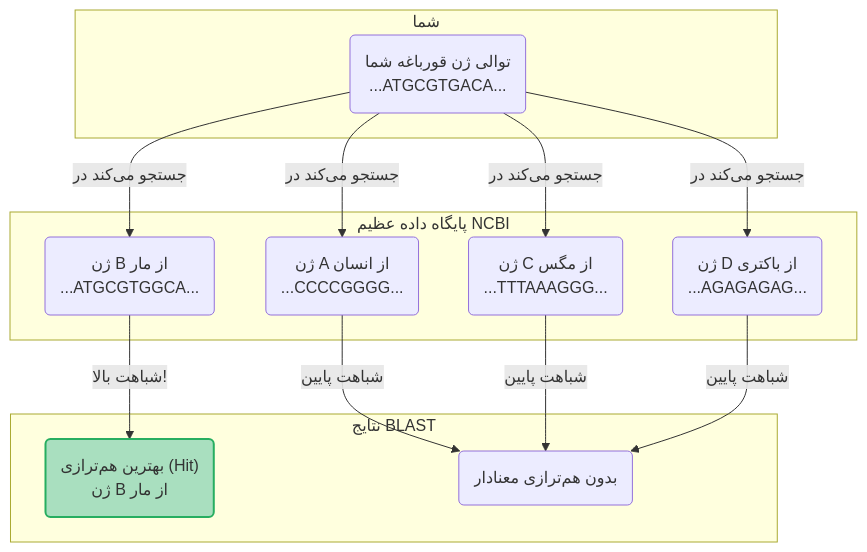
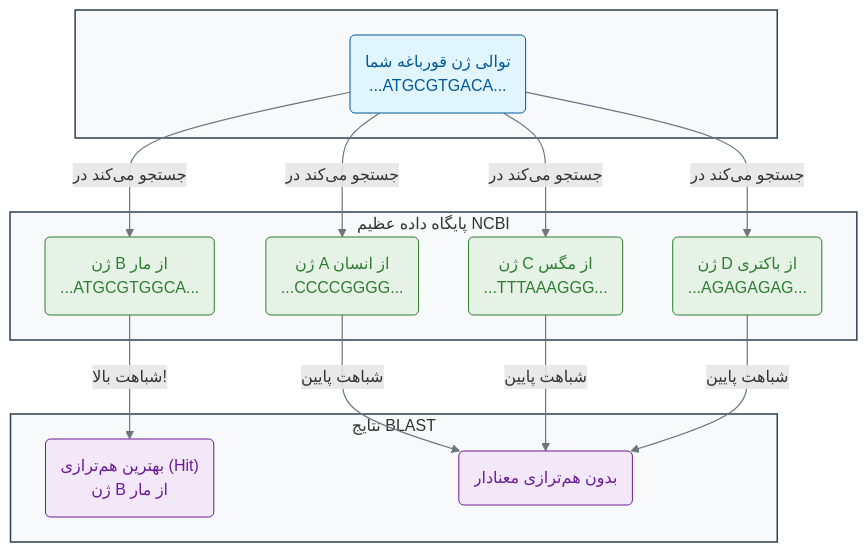
The diagram in 03-art-of-pattern-recognition/02-intelligent-sequence-search-blast.md (rezashahnazar/practical-ai-in-biology-book), drawn with Mermaid before and after one commit. The commit also changed other lines of this file and 6 other files, not shown here.

````diff
--- a/03-art-of-pattern-recognition/02-intelligent-sequence-search-blast.md
+++ b/03-art-of-pattern-recognition/02-intelligent-sequence-search-blast.md
@@ -35,30 +37,49 @@
 ```mermaid
-graph TD
-    subgraph "شما"
+flowchart TD
+    %% Style Definitions
+    classDef phase fill:#f8f9fa,stroke:#2c3e50,stroke-width:1.5px,color:#2c3e50
+    classDef input fill:#e1f5fe,stroke:#01579b,stroke-width:1px,color:#01579b
+    classDef process fill:#e6f2e6,stroke:#2e7d32,stroke-width:1px,color:#2e7d32
+    classDef result fill:#f3e8f7,stroke:#6a1b9a,stroke-width:1px,color:#6a1b9a
+
+    %% BLAST Search Process
+    subgraph شما [" "]
         Query("توالی ژن قورباغه شما<br/>...ATGCGTGACA...")
     end
 
-    subgraph "پایگاه داده عظیم NCBI"
+    subgraph پایگاه_داده_عظیم_NCBI ["پایگاه داده عظیم NCBI"]
         DB1("ژن A از انسان<br/>...CCCCGGGG...")
         DB2("ژن B از مار<br/>...ATGCGTGGCA...")
         DB3("ژن C از مگس<br/>...TTTAAAGGG...")
         DB4("ژن D از باکتری<br/>...AGAGAGAG...")
     end
 
-    subgraph "نتایج BLAST"
+    subgraph نتایج_BLAST ["نتایج BLAST"]
         Hit("بهترین هم‌ترازی (Hit)<br/>ژن B از مار")
         NoHit("بدون هم‌ترازی معنادار")
     end
 
-    Query -- "جستجو می‌کند در" --> DB1
-    Query -- "جستجو می‌کند در" --> DB2
-    Query -- "جستجو می‌کند در" --> DB3
-    Query -- "جستجو می‌کند در" --> DB4
+    %% Connections
+    Query -->|"جستجو می‌کند در"| DB1
+    Query -->|"جستجو می‌کند در"| DB2
+    Query -->|"جستجو می‌کند در"| DB3
+    Query -->|"جستجو می‌کند در"| DB4
 
-    DB2 -- "شباهت بالا!" --> Hit
-    DB1 -- "شباهت پایین" --> NoHit
-    DB3 -- "شباهت پایین" --> NoHit
-    DB4 -- "شباهت پایین" --> NoHit
+    DB2 -->|"شباهت بالا!"| Hit
+    DB1 -->|"شباهت پایین"| NoHit
+    DB3 -->|"شباهت پایین"| NoHit
+    DB4 -->|"شباهت پایین"| NoHit
 
-    style Hit fill:#A9DFBF,stroke:#27AE60,stroke-width:2px
+    %% Apply Styles
+    class شما,پایگاه_داده_عظیم_NCBI,نتایج_BLAST phase
+    class Query input
+    class DB1,DB2,DB3,DB4 process
+    class Hit result
+    class NoHit result
+
+    %% Additional Styling for Rounded Shapes and Spacing
+    style شما fill:#f8f9fa,stroke:#2c3e50,stroke-width:1.5px
+    style پایگاه_داده_عظیم_NCBI fill:#f8f9fa,stroke:#2c3e50,stroke-width:1.5px
+    style نتایج_BLAST fill:#f8f9fa,stroke:#2c3e50,stroke-width:1.5px
+    linkStyle default stroke:#6c757d,stroke-width:1.2px
 ```
````
